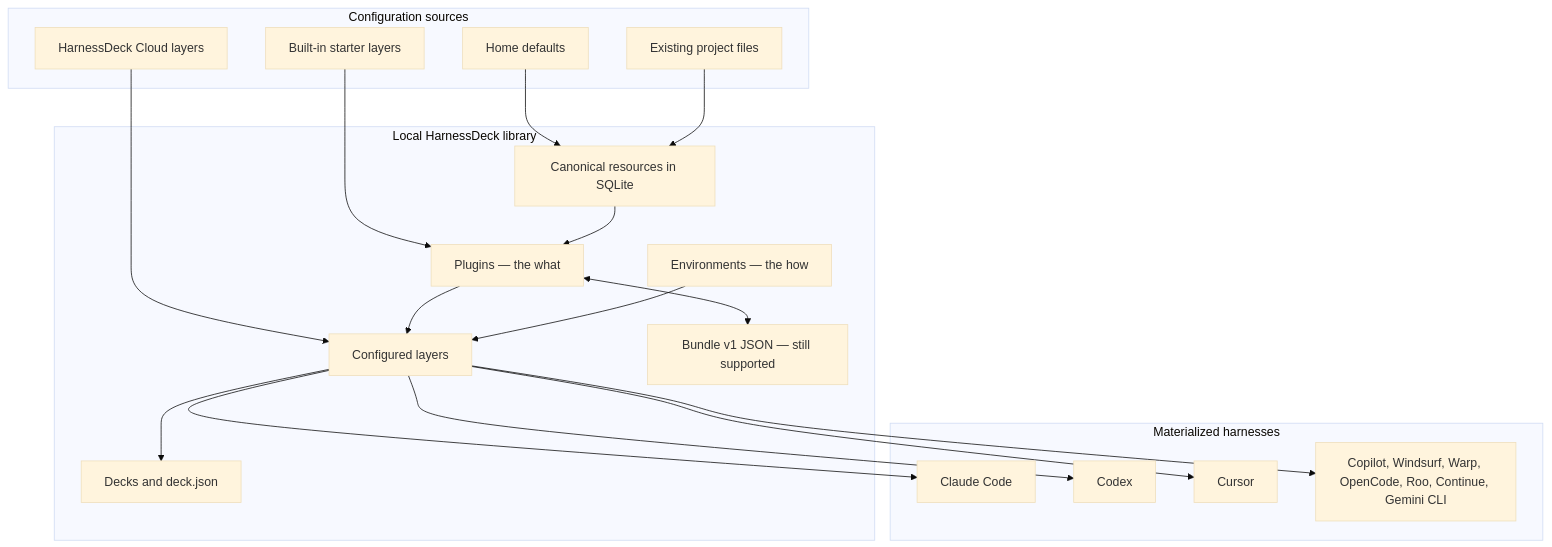
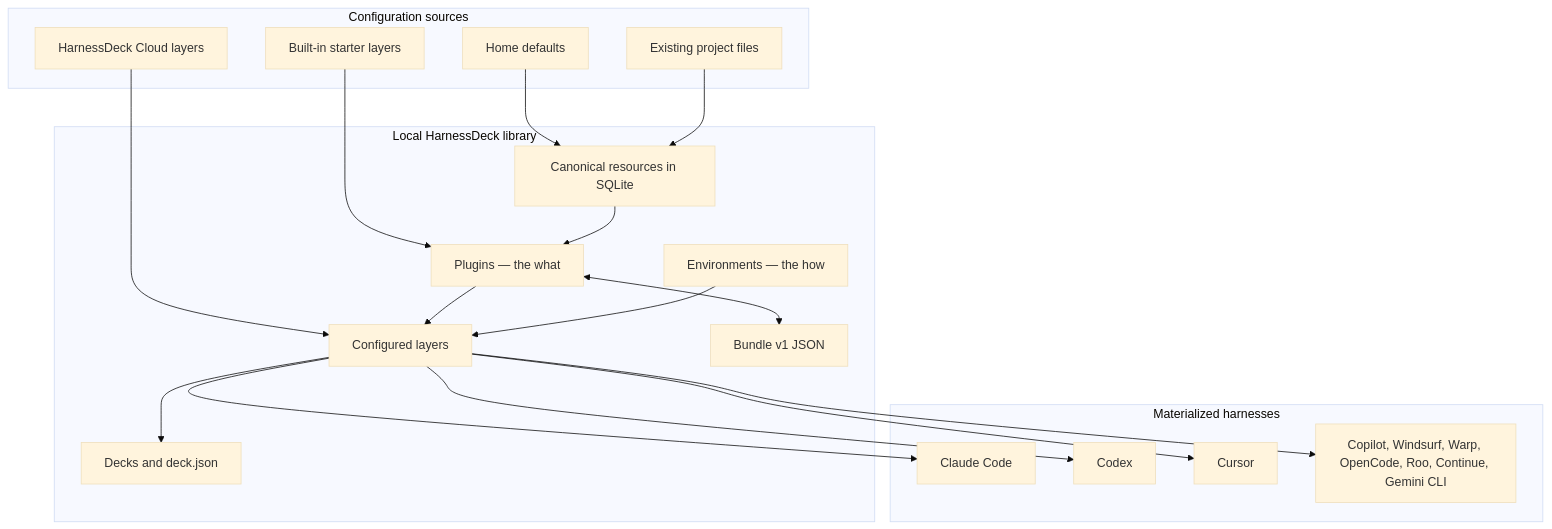
One commit to harnesstap/harnesstap changed the first of 3 diagrams in README.md. Above: the diagram before and after it, drawn with Mermaid (base theme). The commit also changed other lines of this file and 29 other files, not shown here.

````diff
--- a/README.md
+++ b/README.md
@@ -22,39 +22,39 @@
 ```mermaid
 flowchart TB
   subgraph Sources[Configuration sources]
     Home[Home defaults]
     Repo[Existing project files]
     Cloud[HarnessDeck Cloud layers]
     BuiltIn[Built-in starter layers]
   end
 
   subgraph Library[Local HarnessDeck library]
     Resources[Canonical resources in SQLite]
     Plugins[Plugins — the what]
     Envs[Environments — the how]
     Layers[Configured layers]
     Decks[Decks and deck.json]
-    Bundles[Bundle v1 JSON — still supported]
+    Bundles[Bundle v1 JSON]
   end
 
   subgraph Targets[Materialized harnesses]
     Claude[Claude Code]
     Codex[Codex]
     Cursor[Cursor]
     Generic[Copilot, Windsurf, Warp, OpenCode, Roo, Continue, Gemini CLI]
   end
 
   Home --> Resources
   Repo --> Resources
   Cloud --> Layers
   BuiltIn --> Plugins
   Resources --> Plugins
   Plugins --> Layers
   Envs --> Layers
   Layers --> Decks
   Plugins <--> Bundles
   Layers --> Claude
   Layers --> Codex
   Layers --> Cursor
   Layers --> Generic
 ```
````
